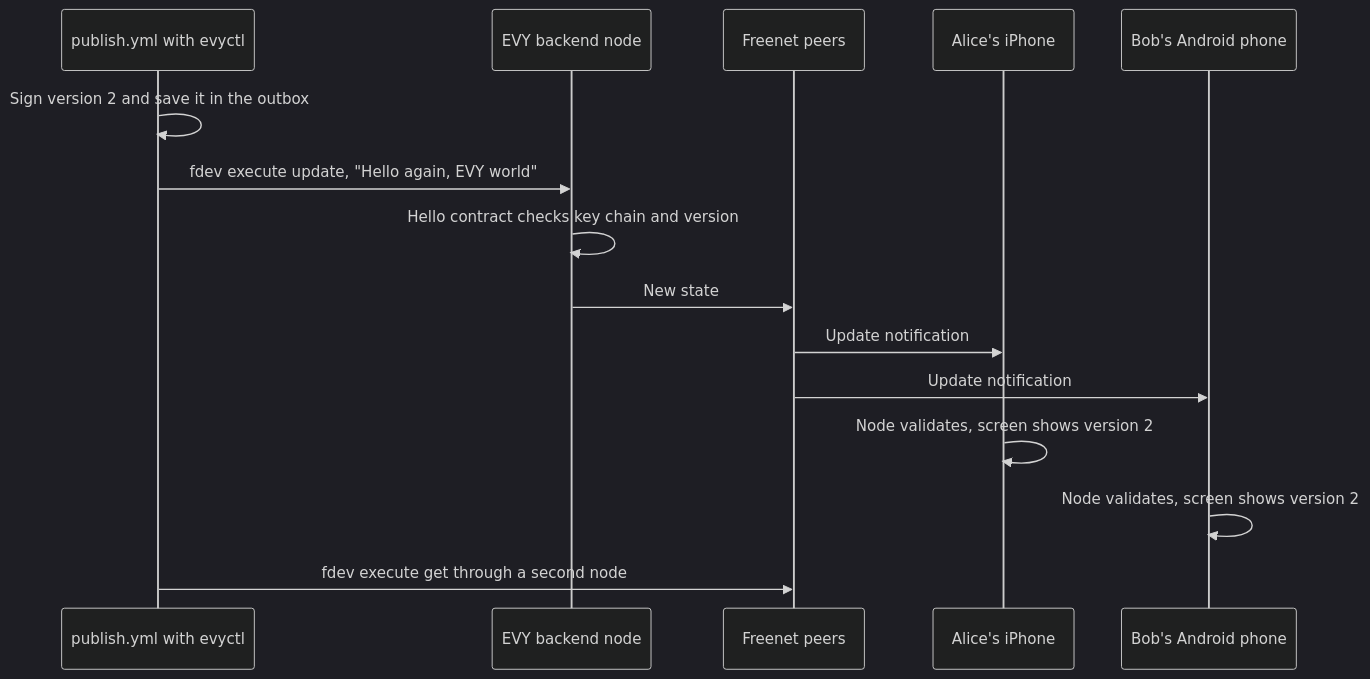
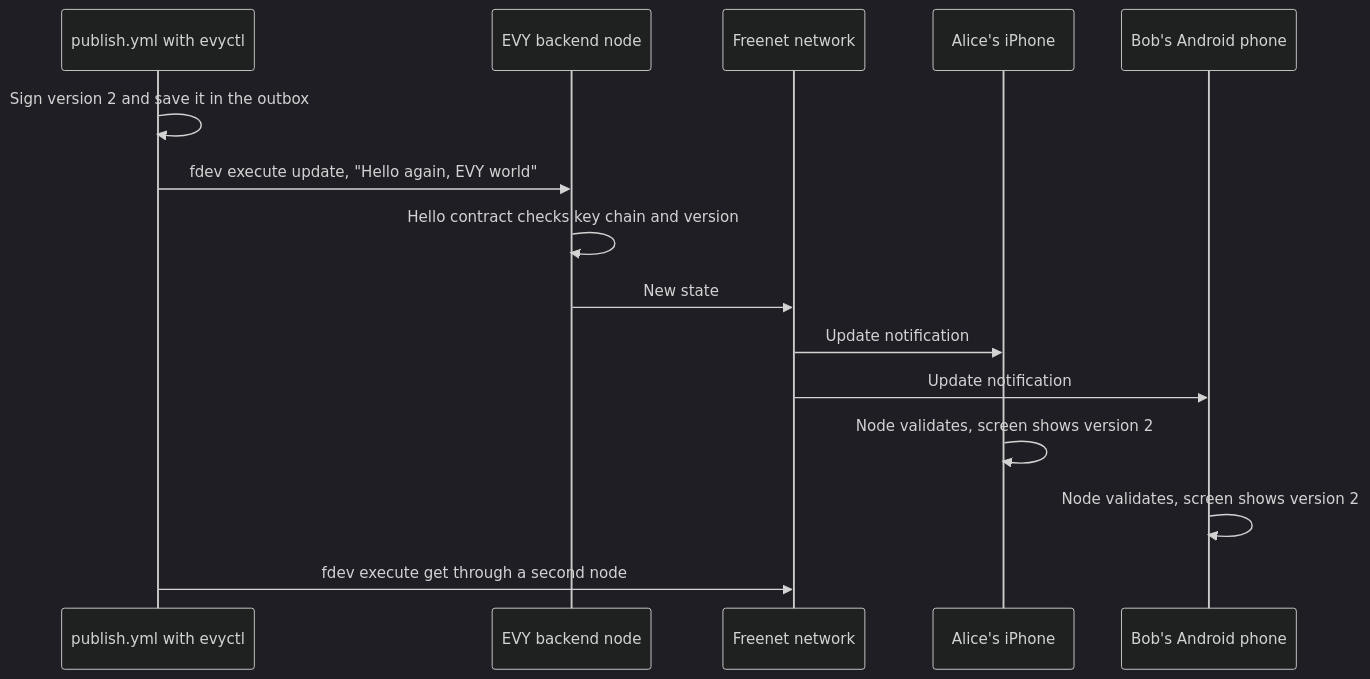
One commit to EVY-Platform/evy-freenet-plans changed the fourth of 5 diagrams in 2-evy-on-freenet/01-hello-evy-world.md. Above: the diagram before and after it, drawn with Mermaid (dark theme). The commit also changed other lines of this file and 18 other files, not shown here.

````diff
--- a/2-evy-on-freenet/01-hello-evy-world.md
+++ b/2-evy-on-freenet/01-hello-evy-world.md
@@ -264,17 +265,17 @@
 ```mermaid
 sequenceDiagram
     participant CI as publish.yml with evyctl
     participant Op as EVY backend node
-    participant Net as Freenet peers
+    participant Net as Freenet network
     participant A as Alice's iPhone
     participant B as Bob's Android phone
     CI->>CI: Sign version 2 and save it in the outbox
     CI->>Op: fdev execute update, "Hello again, EVY world"
     Op->>Op: Hello contract checks key chain and version
     Op->>Net: New state
     Net->>A: Update notification
     Net->>B: Update notification
     A->>A: Node validates, screen shows version 2
     B->>B: Node validates, screen shows version 2
     CI->>Net: fdev execute get through a second node
 ```
````
